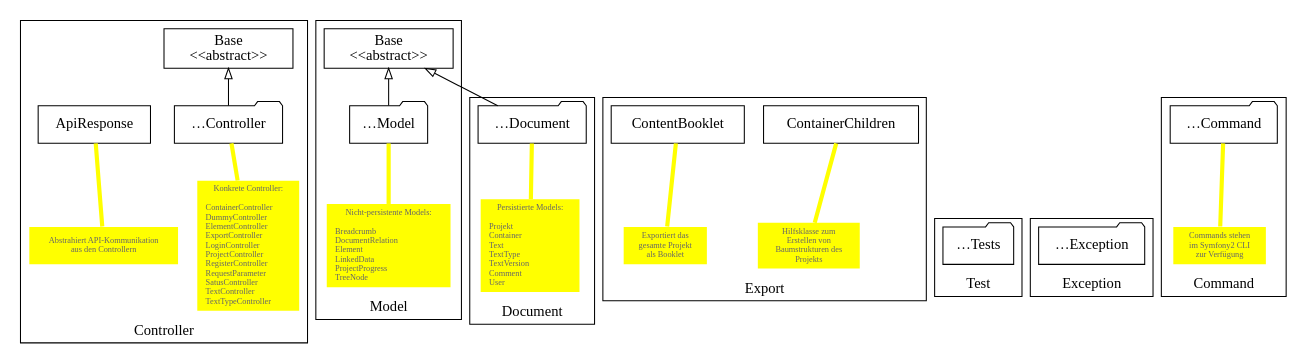
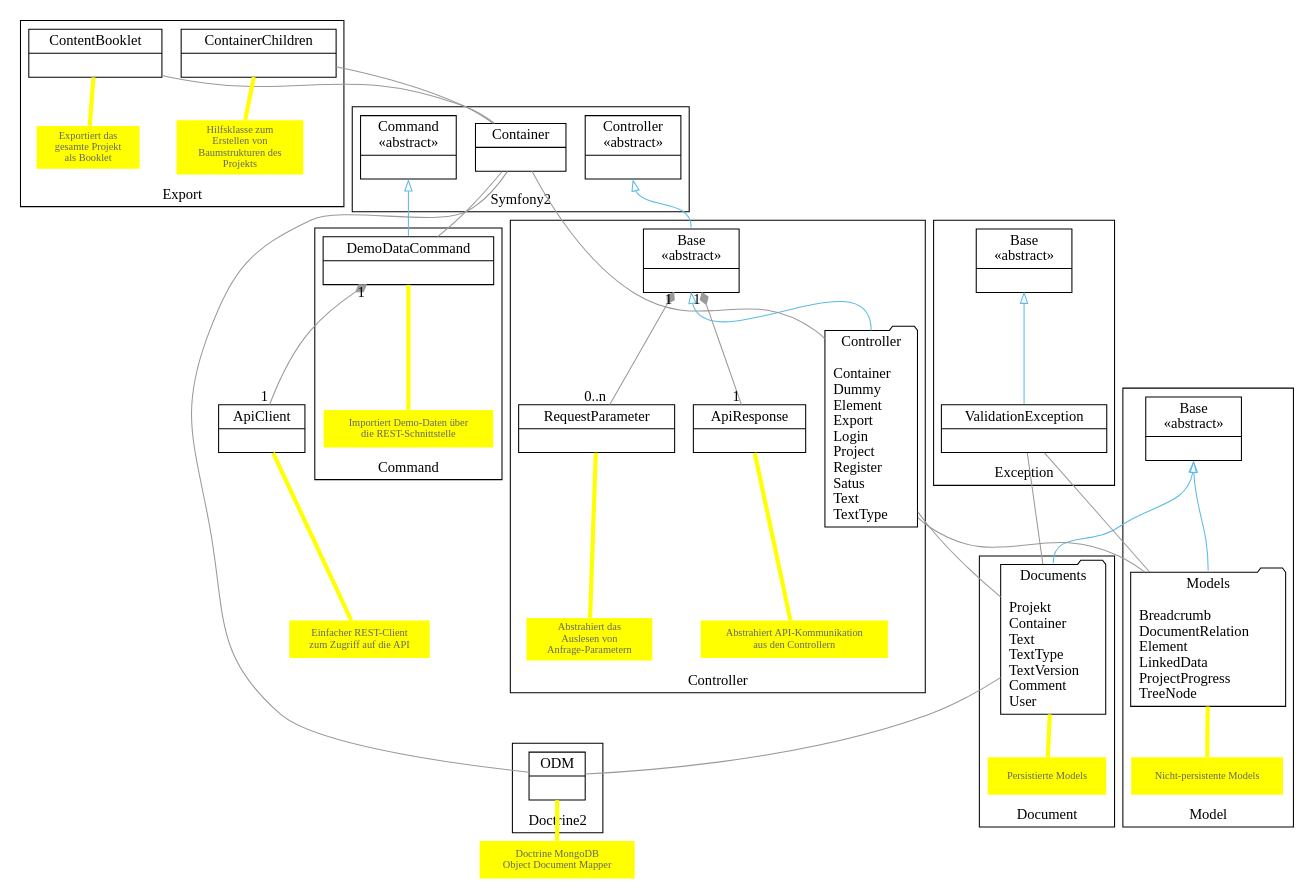
One commit to retext/retext changed the diagram in documents/thesis/media/prototyp-klassendiagramm.dot. Above: the diagram before and after it, drawn with Graphviz. The commit also changed other lines of this file and 3 other files, not shown here.

Commit message:
Klassendiagramm dazu, beschrieben.

```diff
--- a/documents/thesis/media/prototyp-klassendiagramm.dot
+++ b/documents/thesis/media/prototyp-klassendiagramm.dot
@@ -1,99 +1,146 @@
+
 digraph G {
 rankdir=BT
 
-node [ shape=box ]
+node [ shape=record ]
 
-Base [ label="Base\n&lt;&lt;abstract&gt;&gt;" ]
-BaseModel [ label="Base\n&lt;&lt;abstract&gt;&gt;" ]
-ConcreteController [ shape=folder label="…Controller" ]
-ContainerChildren
-ContentBooklet
-ApiResponse
-Tests [ label="…Tests" shape=folder ]
-Exception [ label="…Exception" shape=folder ]
-Document [ label="…Document" shape=folder ]
-Model [ label="…Model" shape=folder ]
-Command [ label="…Command" shape=folder ]
+Base [ label="{Base\n«abstract»|}" ]
+BaseModel [ label="{Base\n«abstract»|}" ]
+BaseException [ label="{Base\n«abstract»|}" ]
+ValidationException [ label="{ValidationException|}" ]
+ConcreteController [ shape=folder label="Controller\n\lContainer\lDummy\lElement\lExport\lLogin\lProject\lRegister\lSatus\lText\lTextType\l" ]
+ContainerChildren [ label="{ContainerChildren|}" ]
+ContentBooklet [ label="{ContentBooklet|}" ]
+RequestParameter [ label="{RequestParameter|}" ]
+ApiResponse [ label="{ApiResponse|}" ]
+ApiClient [ label="{ApiClient|}" ]
+Document [ label="Documents\n\nProjekt\lContainer\lText\lTextType\lTextVersion\lComment\lUser\l" shape=folder ]
+Model [ label="Models\n\nBreadcrumb\lDocumentRelation\lElement\lLinkedData\lProjectProgress\lTreeNode\l" shape=folder ]
+DemoDataCommand [ label="{DemoDataCommand|}" ]
+Sf2DI [ label="{Container|}" ]
+Sf2Controller [ label="{Controller\n«abstract»|}" ]
+D2ODM [ label="{ODM|}" ]
+Sf2Command [ label="{Command\n«abstract»|}" ]
 
+node [ shape=none style=filled color=yellow fontcolor="#666666" fontsize=10 ]
 
-node [ shape=none style=filled color=yellow fontcolor="#666666" fontsize=8 ]
-
-ControllerComment [ label="Konkrete Controller:\n\lContainerController\lDummyController\lElementController\lExportController\lLoginController\lProjectController\lRegisterController\lRequestParameter\lSatusController\lTextController\lTextTypeController\l" ]
-
-DocumentComment [ label="Persistierte Models:\n\lProjekt\lContainer\lText\lTextType\lTextVersion\lComment\lUser\l" ]
-CommandComment [ label="Commands stehen\nim Symfony2 CLI\nzur Verfügung" ]
+DocumentComment [ label="Persistierte Models" ]
+DemoDataCommandComment [ label="Importiert Demo-Daten über\n die REST-Schnittstelle" ]
 ApiResponseComment [ label="Abstrahiert API-Kommunikation\naus den Controllern" ]
+RequestParameterComment [ label="Abstrahiert das\nAuslesen von\nAnfrage-Parametern" ]
 ContainerChildrenComment [ label="Hilfsklasse zum\nErstellen von\nBaumstrukturen des\nProjekts" ]
-
 ContentBookletComment [ label="Exportiert das\ngesamte Projekt\nals Booklet" ]
-ModelComment [ label="Nicht-persistente Models:\n\lBreadcrumb\lDocumentRelation\lElement\lLinkedData\lProjectProgress\lTreeNode\l" ]
+ModelComment [ label="Nicht-persistente Models" ]
+D2ODMComment [ label="Doctrine MongoDB\nObject Document Mapper"]
+ApiClientComment [ label="Einfacher REST-Client\nzum Zugriff auf die API" ]
 
 subgraph cluster0 {
 label="Controller"
 
 Base
 ConcreteController
 ApiResponse
-ControllerComment
 ApiResponseComment
-
+RequestParameter
+RequestParameterComment
 }
 
 subgraph cluster1 {
 label="Export"
 
 ContainerChildren
 ContentBooklet
 ContentBookletComment
 ContainerChildrenComment
 
 }
 
-subgraph cluster2 {
-label="Test"
-Tests
-}
 subgraph cluster3 {
 label="Exception"
-Exception
+BaseException
+ValidationException
 }
 
 subgraph cluster4 {
 label="Document"
 Document
 DocumentComment
 }
 
 subgraph cluster5 {
 label="Model"
 Model
 ModelComment
 BaseModel
 
 }
 
 subgraph cluster6 {
 label="Command"
-Command
-CommandComment
+DemoDataCommand
+DemoDataCommandComment
 }
 
-edge [ arrowhead=onormal ]
+subgraph cluster7 {
+label="Symfony2"
+Sf2DI
+Sf2Controller
+Sf2Command
+}
 
+subgraph cluster8 {
+label="Doctrine2"
+D2ODM
+}
+
+
+# Association
+edge [ arrowhead=none color="#999999" ]
+Document -> ConcreteController
+Model -> ConcreteController
+Document -> ValidationException
+Model -> ValidationException
+Sf2DI -> ConcreteController
+Sf2DI -> ContentBooklet
+Sf2DI -> ContainerChildren
+Sf2DI -> D2ODM
+Sf2DI -> DemoDataCommand
+D2ODM -> Document
+
+# Aggregation
+# Aggregation can occur when a class is a collection or container of other classes, but where the contained classes do not have a strong life cycle dependency on the container—essentially, if the container is destroyed, its contents are not.
+# In UML, it is graphically represented as a hollow diamond shape on the containing class end of the tree with lines that connect contained classes to the containing class.
+edge [ arrowhead=odiamond ]
+# Document -> ConcreteController [ taillabel="1" headlabel="0..n" ]
+
+# Composition
+# Composition usually has a strong life cycle dependency between instances of the container class and instances of the contained class(es): If the container is destroyed, normally every instance that it contains is destroyed as well.
+# The UML graphical representation of a composition relationship is a filled diamond shape on the containing class end of the tree of lines that connect contained class(es) to the containing class.
+edge [ arrowhead=diamond ]
+ApiClient -> DemoDataCommand [ taillabel="1" headlabel="1" ]
+ApiResponse -> Base [ taillabel="1" headlabel="1" ]
+RequestParameter -> Base [ taillabel="0..n" headlabel="1" ]
+
+# Generalization
+node [ shape=point color="#5abbe6" ]
+edge [ arrowtail=none arrowhead=onormal color="#5abbe6" fontcolor="#5abbe6" weight=10 headport=s tailport=n ]
 Document -> BaseModel
 Model -> BaseModel
-ConcreteController -> Base
+ConcreteController -> Base -> Sf2Controller
+ValidationException -> BaseException
+DemoDataCommand -> Sf2Command
 
-edge [ arrowhead=none penwidth=4 weight=0 color=yellow ]
+# Notizen
+edge [ arrowhead=none penwidth=4 weight=0 color=yellow headport=none tailport=none ]
 
-ControllerComment -> ConcreteController
 DocumentComment -> Document
-CommandComment -> Command
+DemoDataCommandComment -> DemoDataCommand
 ContainerChildrenComment -> ContainerChildren
 ContentBookletComment -> ContentBooklet
 ModelComment -> Model
-
-
 ApiResponseComment -> ApiResponse
+D2ODMComment -> D2ODM
+ApiClientComment -> ApiClient
+RequestParameterComment -> RequestParameter
 
 }
```
